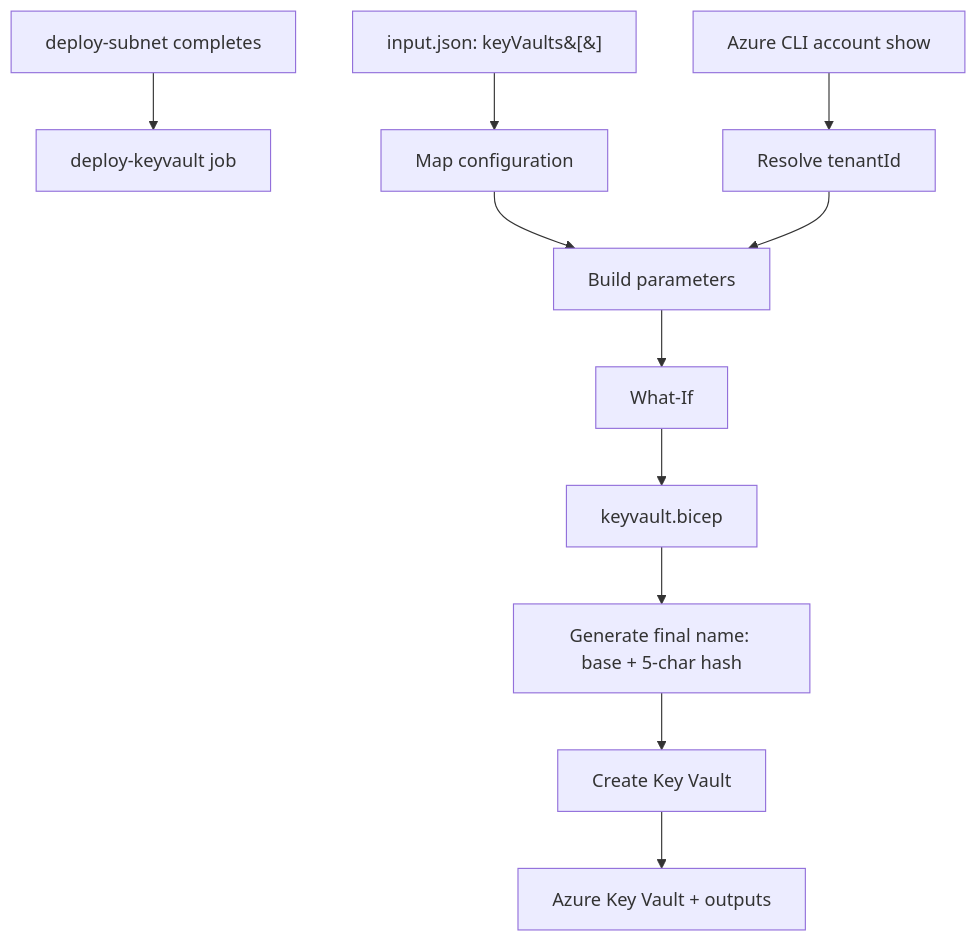
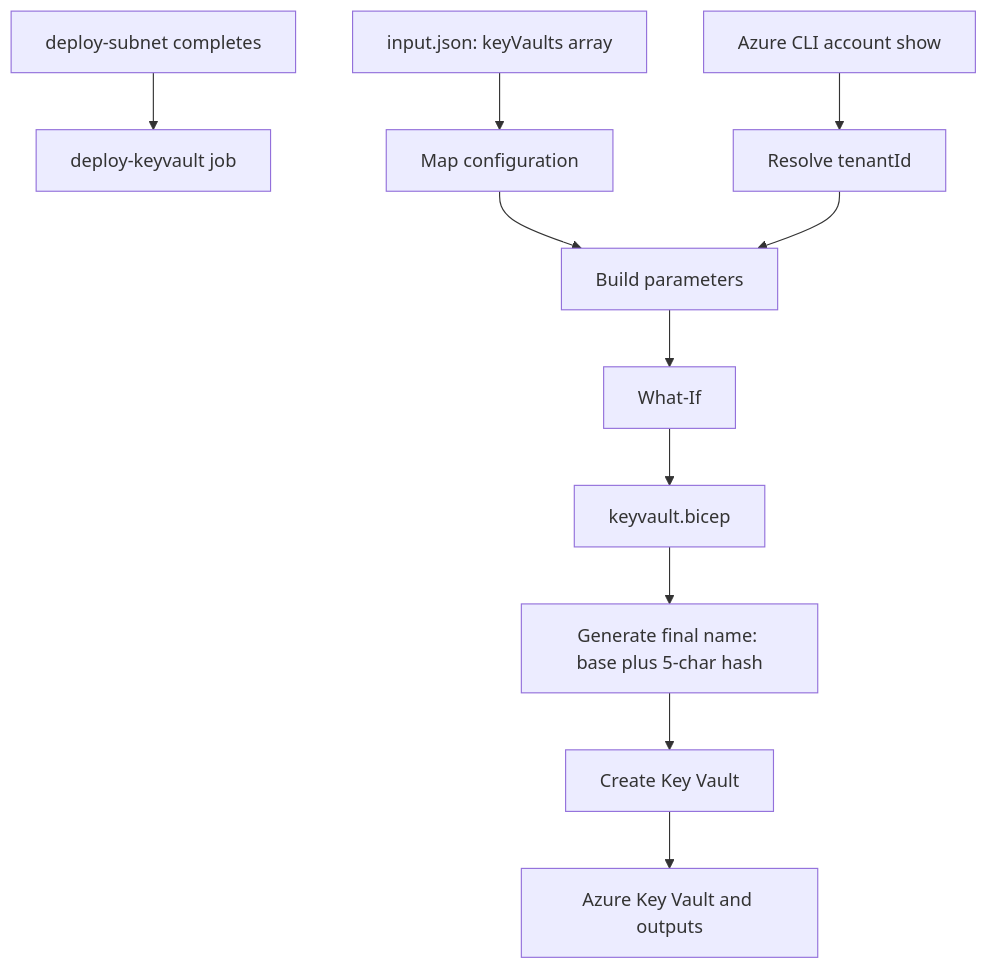
One commit to PROMETHEUS-N/BIFROST_NEW changed the diagram in modules/security/keyvault.md. Above: the diagram before and after it, drawn with Mermaid.

Commit message:
docs: make Mermaid node labels GitHub-parser safe

````diff
--- a/modules/security/keyvault.md
+++ b/modules/security/keyvault.md
@@ -44,13 +44,13 @@
 ```mermaid
 flowchart TD
-  A[deploy-subnet completes] --> B[deploy-keyvault job]
-  C[input.json: keyVaults&#91;&#93;] --> D[Map configuration]
-  E[Azure CLI account show] --> F[Resolve tenantId]
-  D --> G[Build parameters]
-  F --> G
-  G --> H[What-If]
-  H --> I[keyvault.bicep]
-  I --> J[Generate final name: base + 5-char hash]
-  J --> K[Create Key Vault]
-  K --> L[Azure Key Vault + outputs]
+ A["deploy-subnet completes"] --> B["deploy-keyvault job"]
+ C["input.json: keyVaults array"] --> D["Map configuration"]
+ E["Azure CLI account show"] --> F["Resolve tenantId"]
+ D --> G["Build parameters"]
+ F --> G
+ G --> H["What-If"]
+ H --> I["keyvault.bicep"]
+ I --> J["Generate final name: base plus 5-char hash"]
+ J --> K["Create Key Vault"]
+ K --> L["Azure Key Vault and outputs"]
 ```
````
